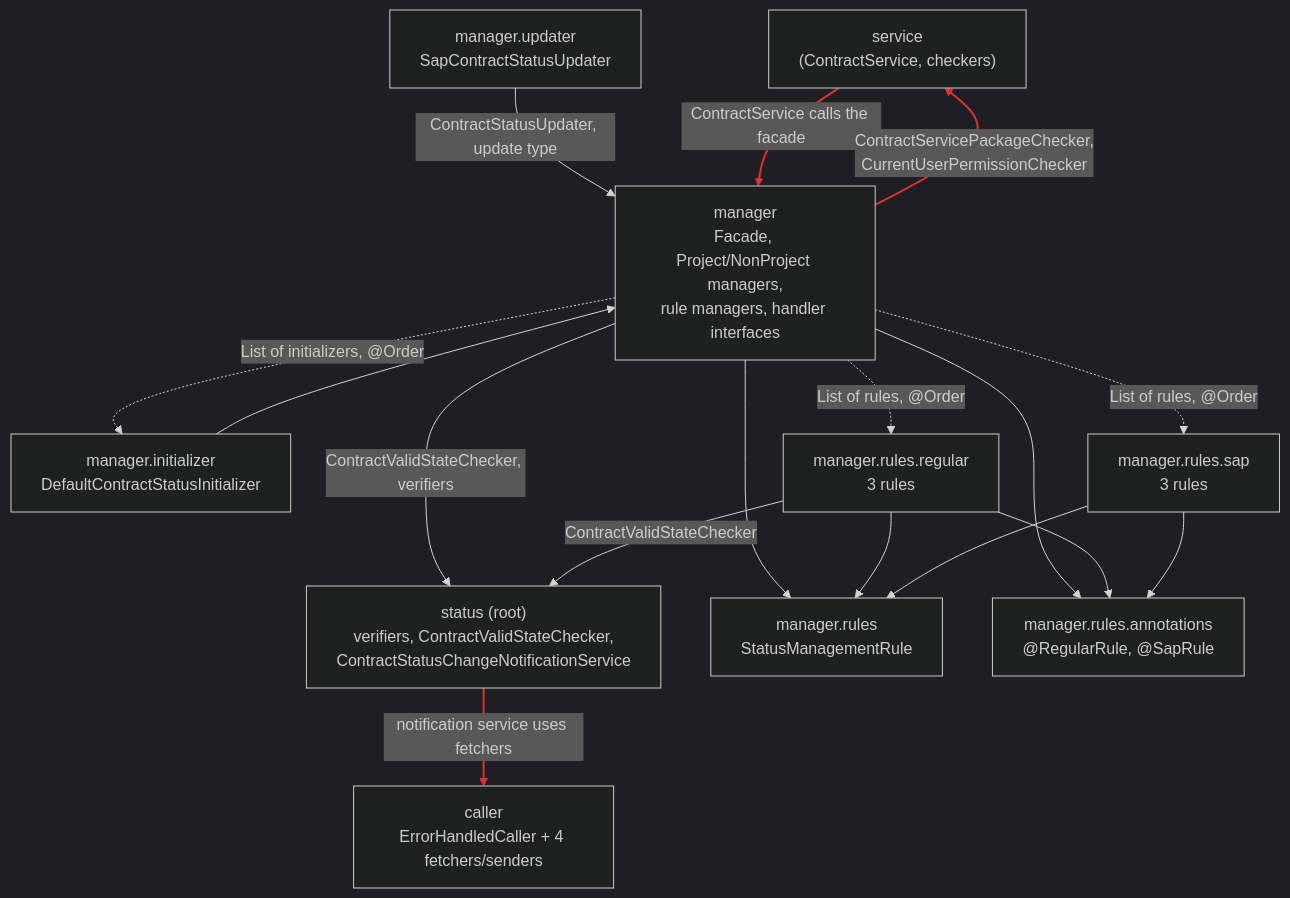
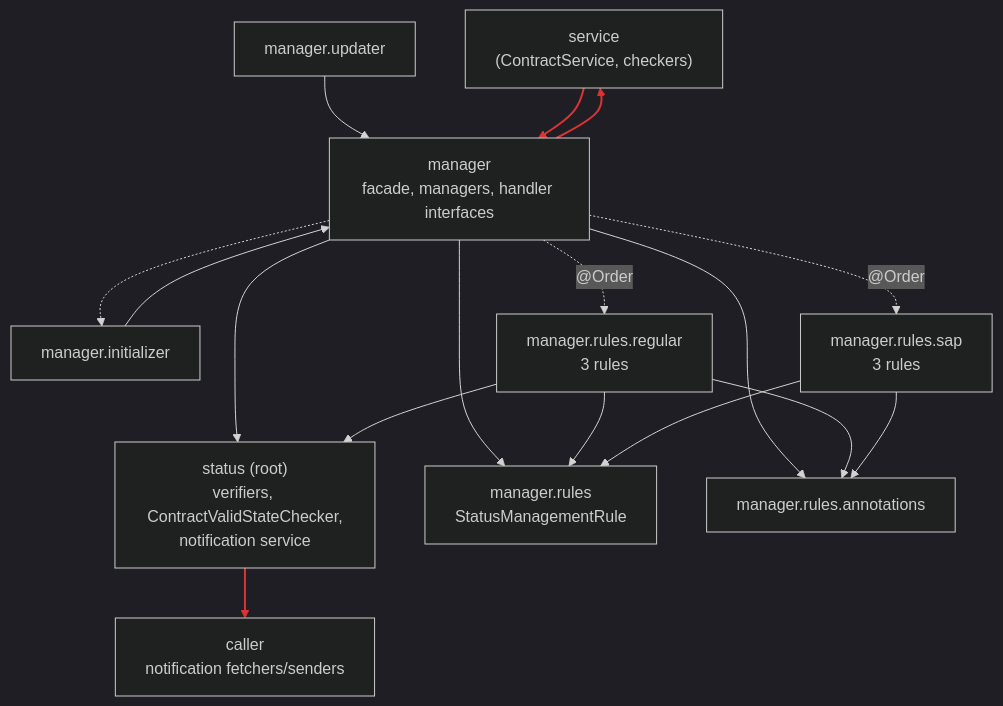
One commit to Born2Flex/OOD-Practice changed the diagram in docs/diagrams/01-package-dependencies.md. Above: the diagram before and after it, drawn with Mermaid (dark theme). The commit also changed other lines of this file and 3 other files, not shown here.

First line of the commit message:
Add design critique of contract status module

````diff
--- a/docs/diagrams/01-package-dependencies.md
+++ b/docs/diagrams/01-package-dependencies.md
@@ -9,35 +9,35 @@
 ```mermaid
 graph TD
     service["service<br/>(ContractService, checkers)"]
-    root["status (root)<br/>verifiers, ContractValidStateChecker,<br/>ContractStatusChangeNotificationService"]
-    caller["caller<br/>ErrorHandledCaller + 4 fetchers/senders"]
-    manager["manager<br/>Facade, Project/NonProject managers,<br/>rule managers, handler interfaces"]
-    initializer["manager.initializer<br/>DefaultContractStatusInitializer"]
-    updater["manager.updater<br/>SapContractStatusUpdater"]
+    root["status (root)<br/>verifiers, ContractValidStateChecker,<br/>notification service"]
+    caller["caller<br/>notification fetchers/senders"]
+    manager["manager<br/>facade, managers, handler interfaces"]
+    initializer["manager.initializer"]
+    updater["manager.updater"]
     rules["manager.rules<br/>StatusManagementRule"]
-    annotations["manager.rules.annotations<br/>@RegularRule, @SapRule"]
+    annotations["manager.rules.annotations"]
     regular["manager.rules.regular<br/>3 rules"]
     sap["manager.rules.sap<br/>3 rules"]
 
-    root -->|"notification service uses fetchers"| caller
-    manager -->|"ContractValidStateChecker, verifiers"| root
+    root --> caller
+    manager --> root
     manager --> rules
     manager --> annotations
     initializer --> manager
-    updater -->|"ContractStatusUpdater, update type"| manager
+    updater --> manager
     regular --> rules
     regular --> annotations
-    regular -->|"ContractValidStateChecker"| root
+    regular --> root
     sap --> rules
     sap --> annotations
-    service -->|"ContractService calls the facade"| manager
-    manager -->|"ContractServicePackageChecker,<br/>CurrentUserPermissionChecker"| service
+    service --> manager
+    manager --> service
 
-    manager -.->|"List of rules, @Order"| regular
-    manager -.->|"List of rules, @Order"| sap
-    manager -.->|"List of initializers, @Order"| initializer
+    manager -.->|"@Order"| regular
+    manager -.->|"@Order"| sap
+    manager -.-> initializer
 
     linkStyle 0 stroke:#d33,stroke-width:2px
     linkStyle 11 stroke:#d33,stroke-width:2px
     linkStyle 12 stroke:#d33,stroke-width:2px
 ```
````
